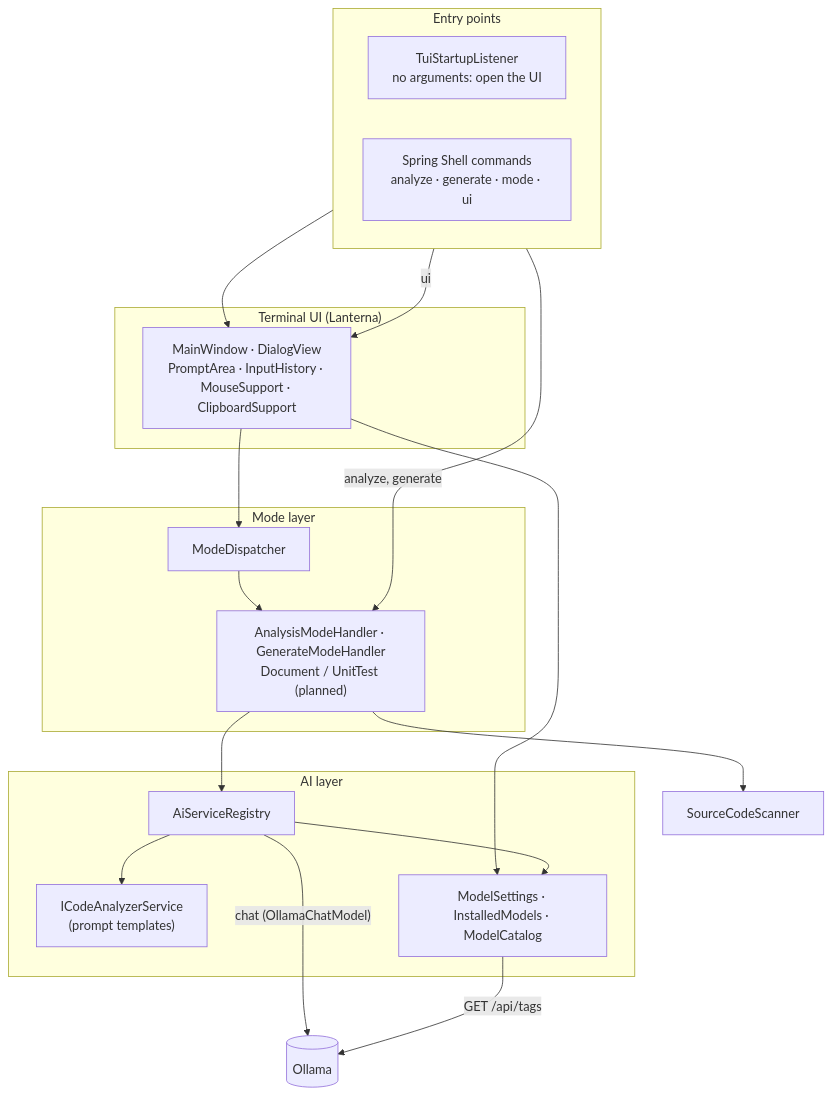
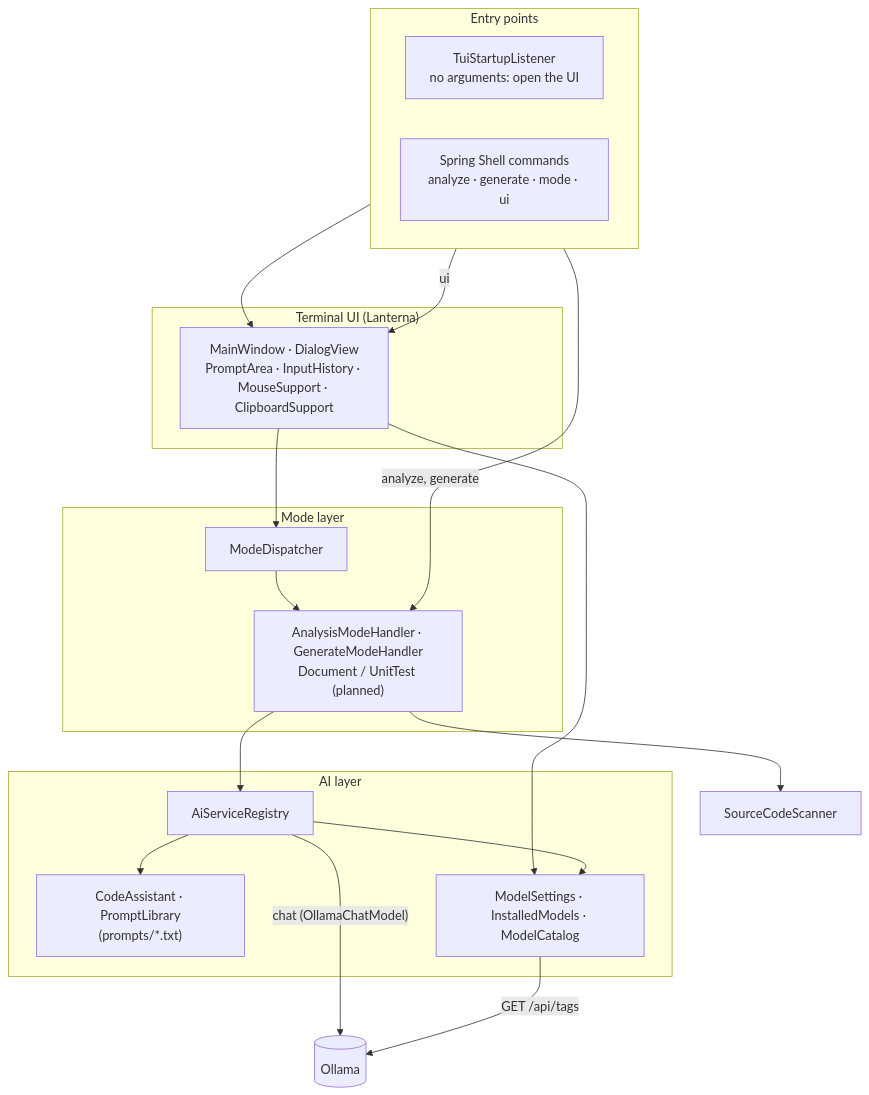
The second of 5 diagrams in docs/ARCHITECTURE.md (burak-can-onarim/blue-ring-octopus-cli), drawn with Mermaid before and after one commit. The commit also changed other lines of this file and 11 other files, not shown here.

````diff
--- a/docs/ARCHITECTURE.md
+++ b/docs/ARCHITECTURE.md
@@ -43,37 +43,37 @@
 ```mermaid
 flowchart TB
     subgraph entry["Entry points"]
         direction LR
         starter["TuiStartupListener<br/>no arguments: open the UI"]
         shell["Spring Shell commands<br/>analyze · generate · mode · ui"]
     end
 
     subgraph ui["Terminal UI (Lanterna)"]
         window["MainWindow · DialogView<br/>PromptArea · InputHistory · MouseSupport · ClipboardSupport"]
     end
 
     subgraph modes["Mode layer"]
         dispatcher["ModeDispatcher"]
         handlers["AnalysisModeHandler · GenerateModeHandler<br/>Document / UnitTest (planned)"]
     end
 
     subgraph ai["AI layer"]
         registry["AiServiceRegistry"]
-        service["ICodeAnalyzerService<br/>(prompt templates)"]
+        service["CodeAssistant · PromptLibrary<br/>(prompts/*.txt)"]
         models["ModelSettings · InstalledModels · ModelCatalog"]
     end
 
     scanner["SourceCodeScanner"]
     ollama[("Ollama")]
 
     starter --> window
     window --> dispatcher --> handlers
     shell -->|"analyze, generate"| handlers
     shell -->|"ui"| window
     window --> models
     handlers --> scanner
     handlers --> registry --> service
     registry --> models
     registry -->|"chat (OllamaChatModel)"| ollama
     models -->|"GET /api/tags"| ollama
 ```
````
